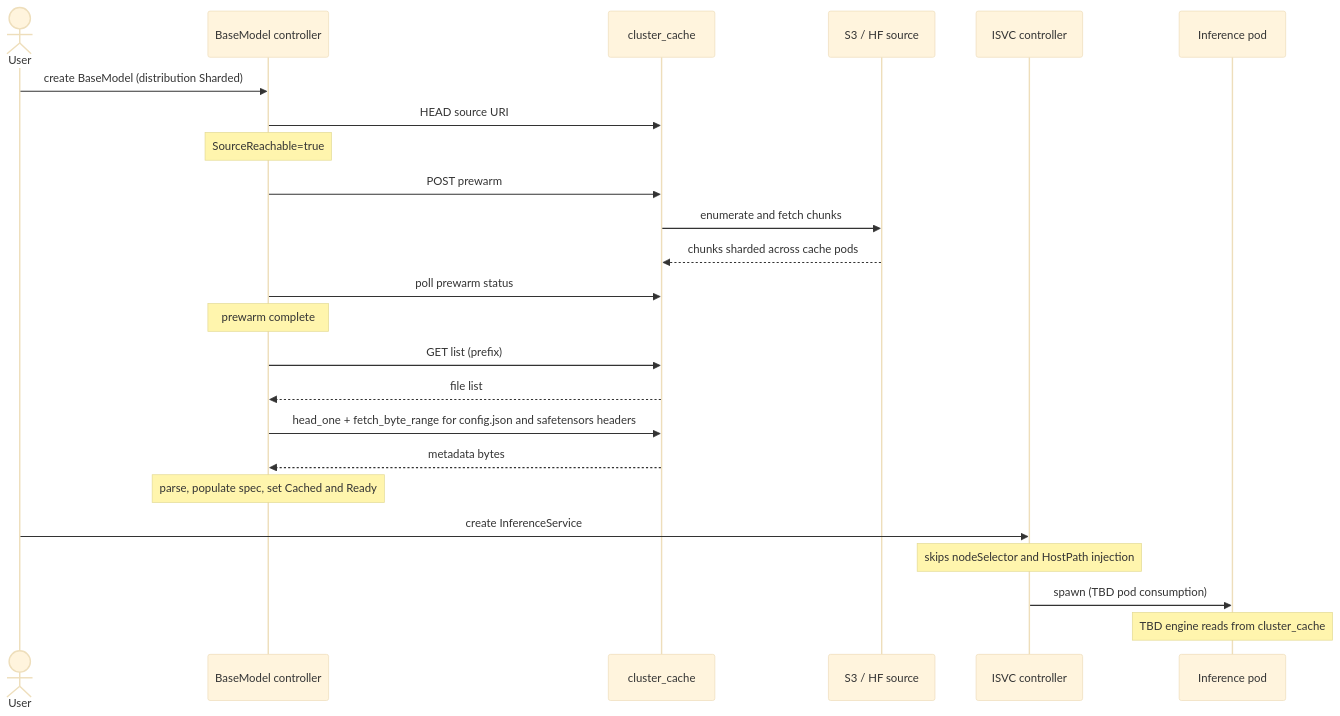
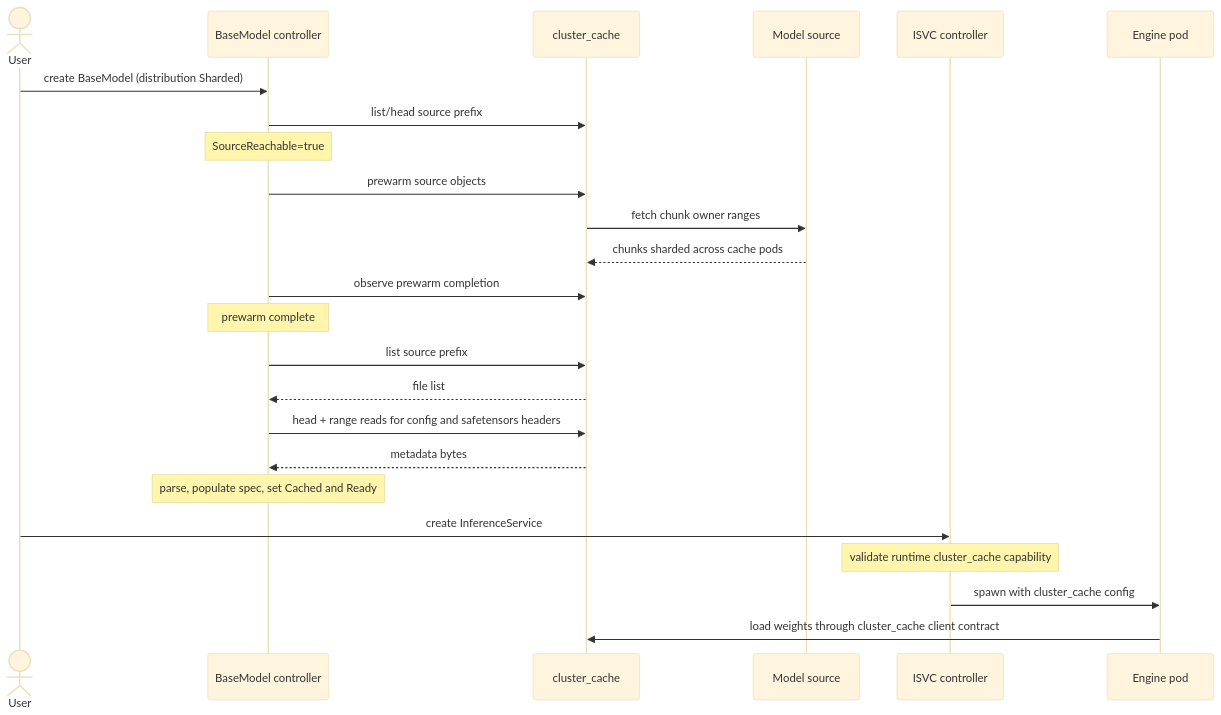
Before and after one commit to shaodianwang/ome: the diagram in oeps/0009-ome-cluster-cache-integration/README.md, drawn with Mermaid (base theme). The commit also changed other lines of this file and 1 other file, not shown here.

Commit message:
[OEP] Update cluster cache design (#34)

````diff
--- a/oeps/0009-ome-cluster-cache-integration/README.md
+++ b/oeps/0009-ome-cluster-cache-integration/README.md
@@ -180,29 +265,29 @@
 ```mermaid
 sequenceDiagram
     actor U as User
     participant BMC as BaseModel controller
     participant CC as cluster_cache
-    participant S3 as S3 / HF source
+    participant SRC as Model source
     participant ISVC as ISVC controller
-    participant Pod as Inference pod
+    participant ENG as Engine pod
 
     U->>BMC: create BaseModel (distribution Sharded)
-    BMC->>CC: HEAD source URI
+    BMC->>CC: list/head source prefix
     Note over BMC: SourceReachable=true
-    BMC->>CC: POST prewarm
-    CC->>S3: enumerate and fetch chunks
-    S3-->>CC: chunks sharded across cache pods
-    BMC->>CC: poll prewarm status
+    BMC->>CC: prewarm source objects
+    CC->>SRC: fetch chunk owner ranges
+    SRC-->>CC: chunks sharded across cache pods
+    BMC->>CC: observe prewarm completion
     Note over BMC: prewarm complete
 
-    BMC->>CC: GET list (prefix)
+    BMC->>CC: list source prefix
     CC-->>BMC: file list
-    BMC->>CC: head_one + fetch_byte_range for config.json and safetensors headers
+    BMC->>CC: head + range reads for config and safetensors headers
     CC-->>BMC: metadata bytes
     Note over BMC: parse, populate spec, set Cached and Ready
 
     U->>ISVC: create InferenceService
-    Note over ISVC: skips nodeSelector and HostPath injection
-    ISVC->>Pod: spawn (TBD pod consumption)
-    Note over Pod: TBD engine reads from cluster_cache
+    Note over ISVC: validate runtime cluster_cache capability
+    ISVC->>ENG: spawn with cluster_cache config
+    ENG->>CC: load weights through cluster_cache client contract
 ```
````
